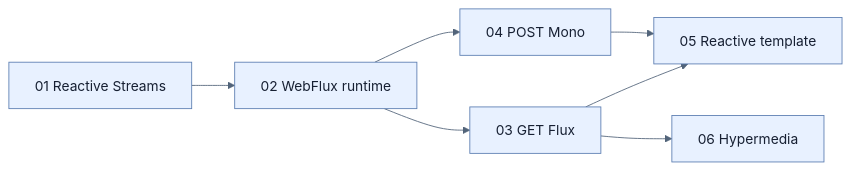
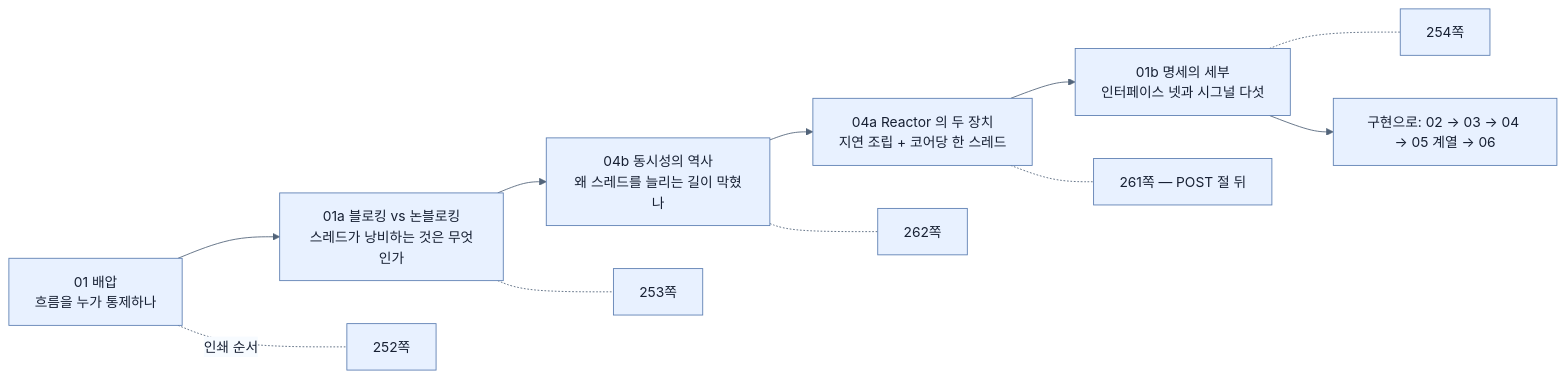
The first of 2 diagrams in spring-boot-4-pdf-notes/part-4-scaling-an-application-with-spring-boot/chapter-9-writing-reactive-web-controllers/_map.md (sing-u8/Learning_Spring_Boot_4), drawn with Mermaid before and after one commit. The commit also changed other lines of this file and 253 other files, not shown here.

````diff
--- a/spring-boot-4-pdf-notes/part-4-scaling-an-application-with-spring-boot/chapter-9-writing-reactive-web-controllers/_map.md
+++ b/spring-boot-4-pdf-notes/part-4-scaling-an-application-with-spring-boot/chapter-9-writing-reactive-web-controllers/_map.md
@@ -3,10 +9,16 @@
 ```mermaid
 %%{init: {'theme': 'base', 'themeVariables': {'background': '#ffffff', 'primaryColor': '#e8f1ff', 'primaryTextColor': '#172033', 'primaryBorderColor': '#5b7db1', 'lineColor': '#52647a', 'secondaryColor': '#f7fbff', 'tertiaryColor': '#fff7df'}}}%%
 flowchart LR
-    R[01 Reactive Streams] --> W[02 WebFlux runtime]
-    W --> G[03 GET Flux]
-    W --> P[04 POST Mono]
-    G --> T[05 Reactive template]
-    P --> T
-    G --> H[06 Hypermedia]
+    A["01 배압<br/>흐름을 누가 통제하나"] --> B["01a 블로킹 vs 논블로킹<br/>스레드가 낭비하는 것은 무엇인가"]
+    B --> C["04b 동시성의 역사<br/>왜 스레드를 늘리는 길이 막혔나"]
+    C --> D["04a Reactor 의 두 장치<br/>지연 조립 + 코어당 한 스레드"]
+    D --> E["01b 명세의 세부<br/>인터페이스 넷과 시그널 다섯"]
+
+    A -.-|"인쇄 순서"| P1["252쪽"]
+    B -.-|" "| P2["253쪽"]
+    E -.-|" "| P3["254쪽"]
+    D -.-|" "| P4["261쪽 — POST 절 뒤"]
+    C -.-|" "| P5["262쪽"]
+
+    E --> IMPL["구현으로: 02 → 03 → 04 → 05 계열 → 06"]
 ```
````
